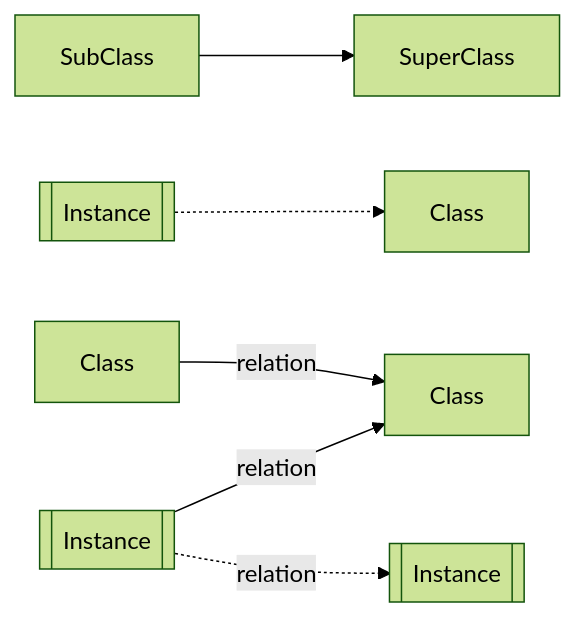
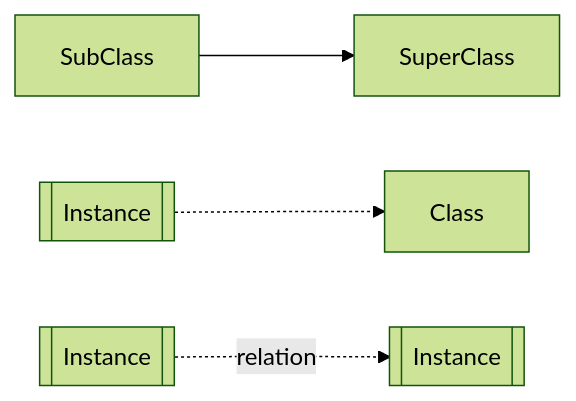
One commit to cambridge-cares/TheWorldAvatar changed the second of 7 diagrams in JPS_Ontology/ontology/ontoprofile/README.MD. Above: the diagram before and after it, drawn with Mermaid (forest theme). The commit also changed other lines of this file and 2 other files, not shown here.

Commit message:
dev-service-execution-ontology-extension: update documentation based on review comments

````diff
--- a/JPS_Ontology/ontology/ontoprofile/README.MD
+++ b/JPS_Ontology/ontology/ontoprofile/README.MD
@@ -42,8 +42,6 @@
 ```mermaid
 flowchart LR
     subclass[SubClass] --> superclass[SuperClass]
     instance[[Instance]] -.-> clazz[Class]
-    domainClazz[Class] -- relation --> rangeClazz[Class]
-    domainInst[[Instance]] -- relation --> rangeClazz[Class]
-    domainInst -. relation .-> rangeInst[[Instance]]
+    domainInst[[Instance]] -. relation .-> rangeInst[[Instance]]
 ```
````
